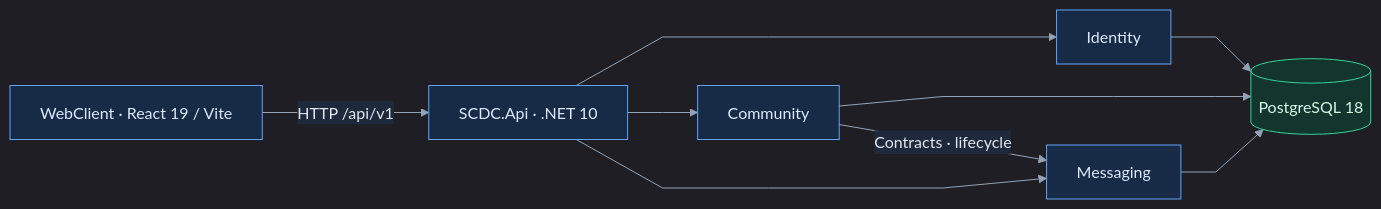
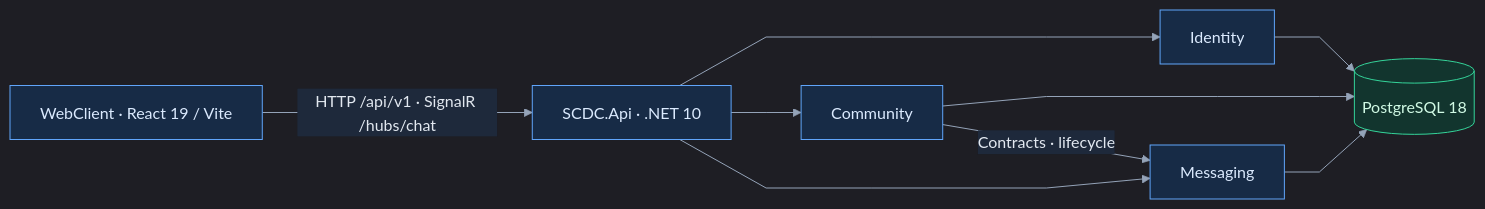
One commit to Chyeonma/scdc changed the first of 3 diagrams in docs/system/architecture.md. Above: the diagram before and after it, drawn with Mermaid. The commit also changed other lines of this file and 30 other files, not shown here.

````diff
--- a/docs/system/architecture.md
+++ b/docs/system/architecture.md
@@ -18,16 +18,16 @@
 ```mermaid
 %%{init: {"flowchart": {"curve": "linear", "nodeSpacing": 45, "rankSpacing": 70}, "theme": "dark", "themeVariables": {"background": "#0f172a", "primaryColor": "#1e293b", "primaryTextColor": "#e2e8f0", "primaryBorderColor": "#64748b", "lineColor": "#94a3b8", "textColor": "#e2e8f0", "edgeLabelBackground": "#1e293b", "clusterBkg": "#141e2e", "clusterBorder": "#475569"}, "themeCSS": "& { background-color: #0f172a; }"}}%%
 flowchart LR
-    Web[WebClient · React 19 / Vite] -->|HTTP /api/v1| Api[SCDC.Api · .NET 10]
+    Web[WebClient · React 19 / Vite] -->|HTTP /api/v1 · SignalR /hubs/chat| Api[SCDC.Api · .NET 10]
     Api --> Identity[Identity]
     Api --> Community[Community]
     Api --> Messaging[Messaging]
     Identity --> Pg[(PostgreSQL 18)]
     Community --> Pg
     Messaging --> Pg
     Community -->|Contracts · lifecycle| Messaging
     classDef app fill:#172b46,stroke:#60a5fa,color:#dbeafe
     classDef data fill:#12352e,stroke:#34d399,color:#d1fae5
     class Web,Api,Identity,Community,Messaging app
     class Pg data
 ```
````
